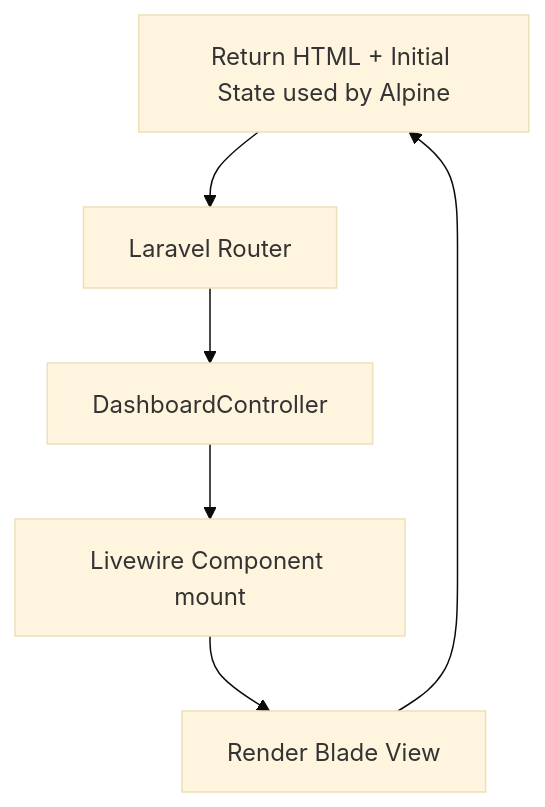
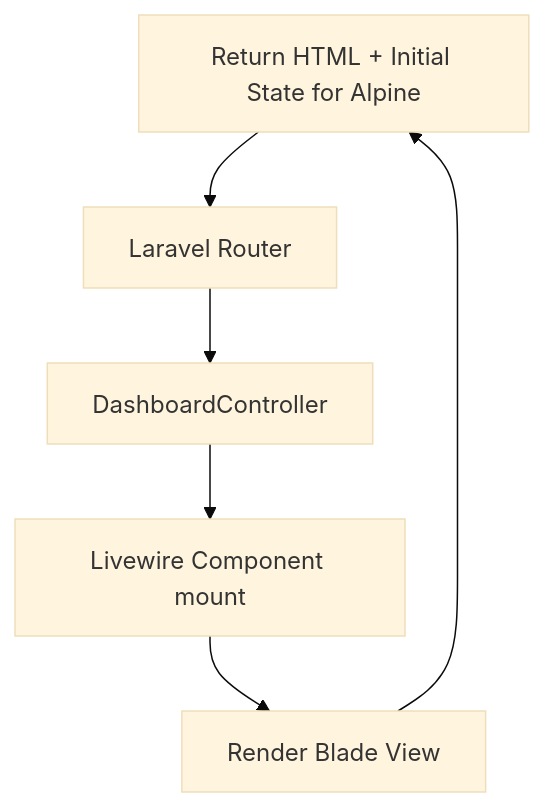
One commit to subhashladumor1/laravel-mastery-roadmap changed the first of 4 diagrams in diagrams/05-tall-stack-lifecycle.md. Above: the diagram before and after it, drawn with Mermaid (base theme). The commit also changed other lines of this file and 6 other files, not shown here.

First line of the commit message:
diagram rich issue

````diff
--- a/diagrams/05-tall-stack-lifecycle.md
+++ b/diagrams/05-tall-stack-lifecycle.md
@@ -11,8 +11,8 @@
 ```mermaid
 graph TD
-    User[Browser Request /dashboard] --> Laravel[Laravel Router]
+    User[Browser Request dashboard] --> Laravel[Laravel Router]
     Laravel --> Controller[DashboardController]
     Controller --> Component[Livewire Component mount]
     Component --> Blade[Render Blade View]
-    Blade --> User[Return HTML + Initial State used by Alpine]
+    Blade --> User[Return HTML + Initial State for Alpine]
 ```
````
